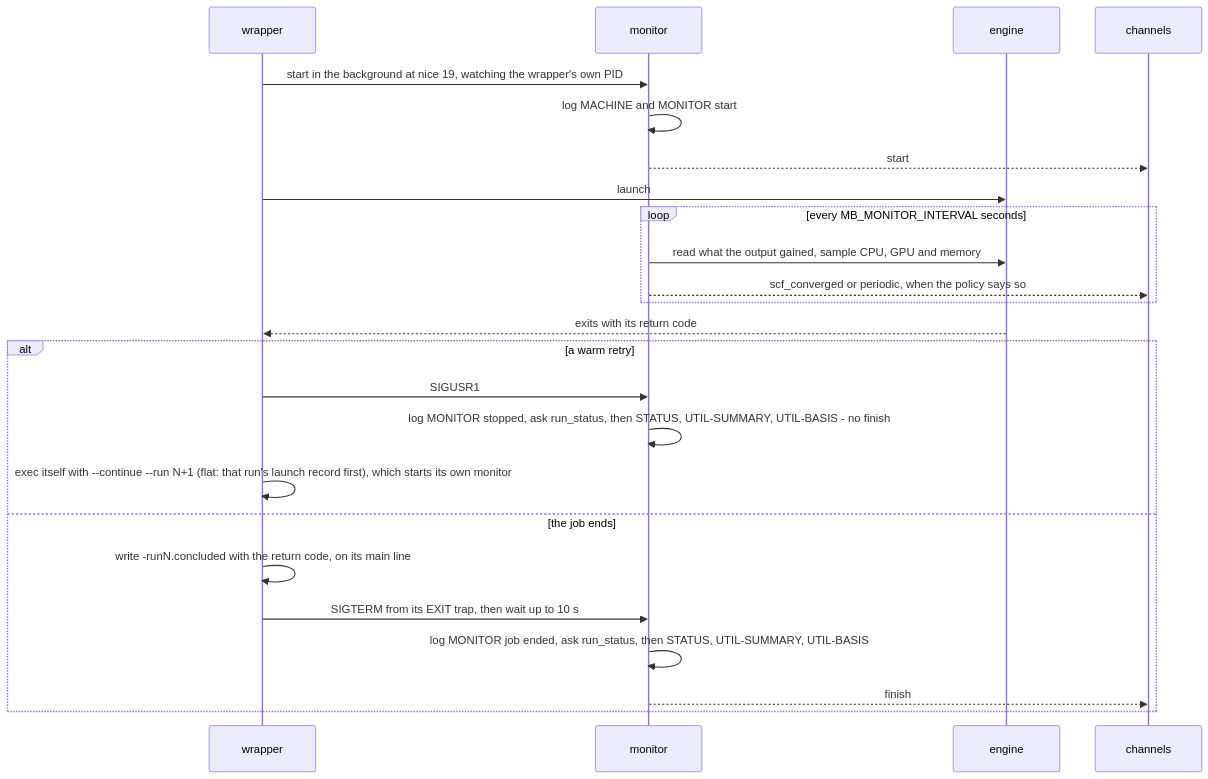
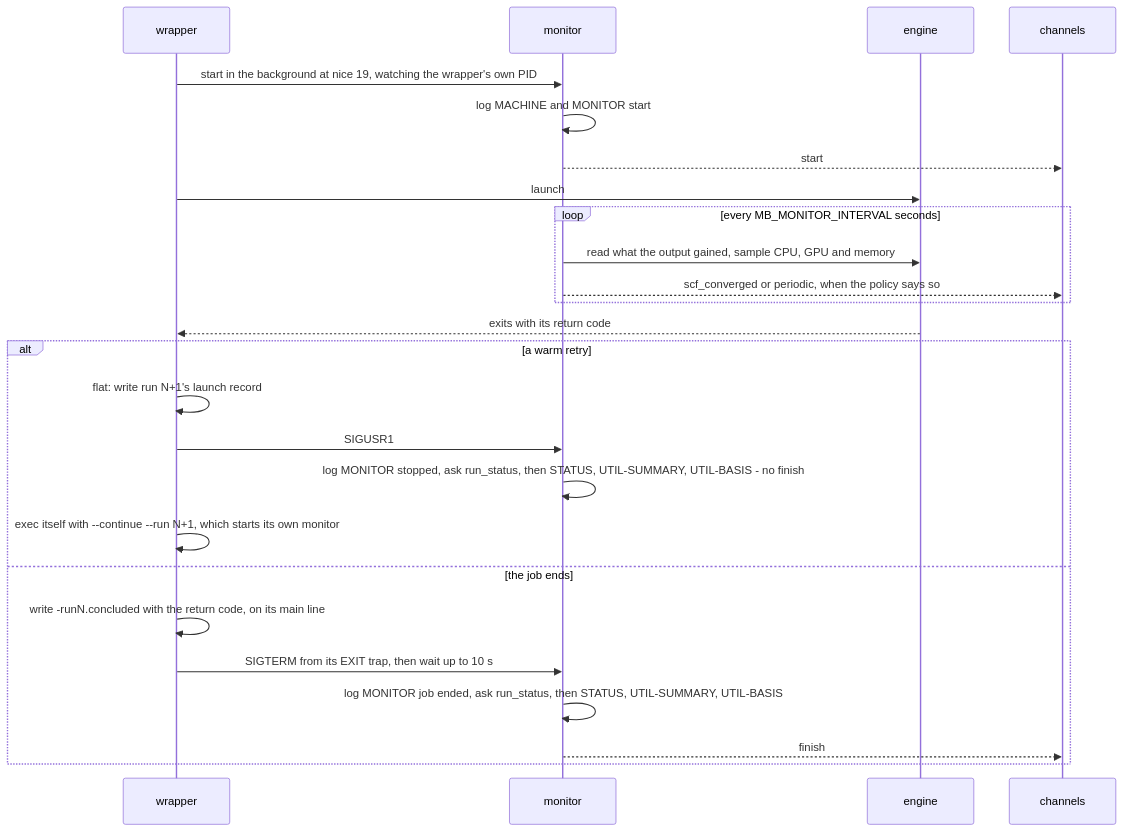
The second of 3 diagrams in docs/execution/run-reports.md (Qing-LAB/molbuilder), drawn with Mermaid before and after one commit. The commit also changed other lines of this file and 43 other files, not shown here.

````diff
--- a/docs/execution/run-reports.md
+++ b/docs/execution/run-reports.md
@@ -249,26 +249,27 @@
 ```mermaid
 sequenceDiagram
     participant W as wrapper
     participant M as monitor
     participant E as engine
     participant C as channels
     W->>M: start in the background at nice 19, watching the wrapper's own PID
     M->>M: log MACHINE and MONITOR start
     M-->>C: start
     W->>E: launch
     loop every MB_MONITOR_INTERVAL seconds
         M->>E: read what the output gained, sample CPU, GPU and memory
         M-->>C: scf_converged or periodic, when the policy says so
     end
     E-->>W: exits with its return code
     alt a warm retry
+        W->>W: flat: write run N+1's launch record
         W->>M: SIGUSR1
         M->>M: log MONITOR stopped, ask run_status, then STATUS, UTIL-SUMMARY, UTIL-BASIS - no finish
-        W->>W: exec itself with --continue --run N+1 (flat: that run's launch record first), which starts its own monitor
+        W->>W: exec itself with --continue --run N+1, which starts its own monitor
     else the job ends
         W->>W: write -runN.concluded with the return code, on its main line
         W->>M: SIGTERM from its EXIT trap, then wait up to 10 s
         M->>M: log MONITOR job ended, ask run_status, then STATUS, UTIL-SUMMARY, UTIL-BASIS
         M-->>C: finish
     end
 ```
````
